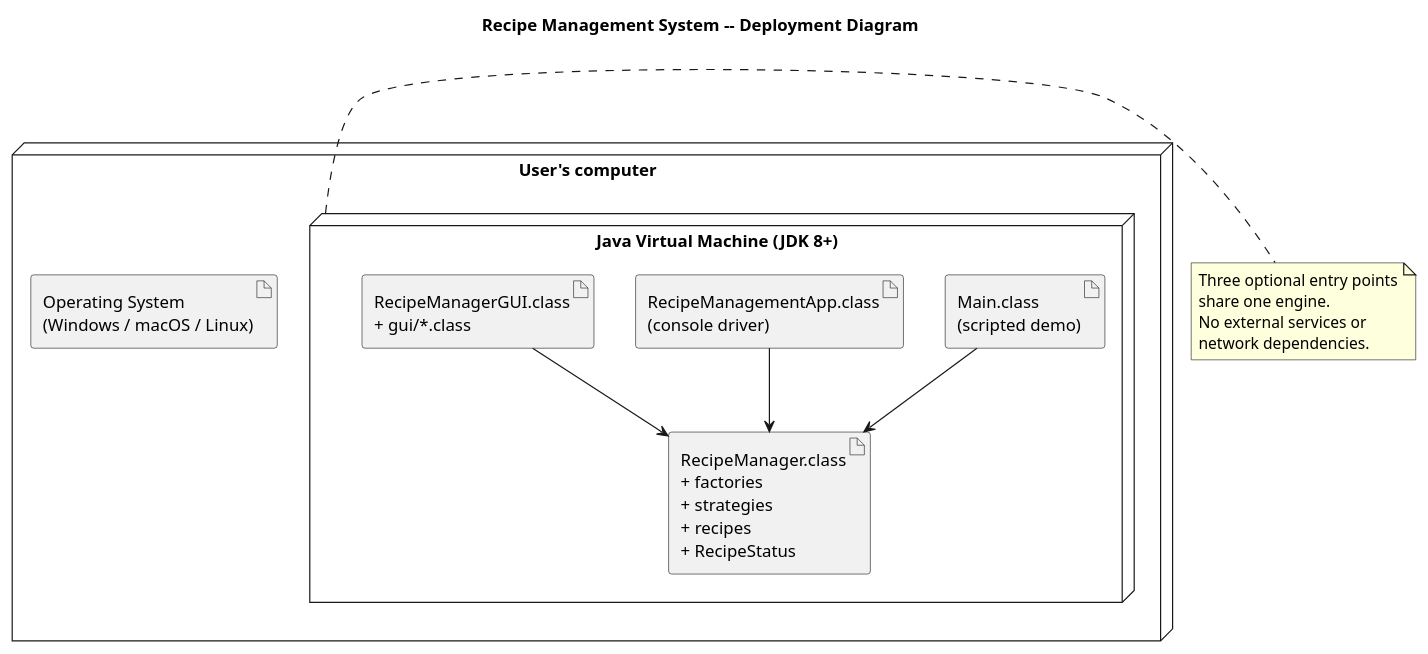
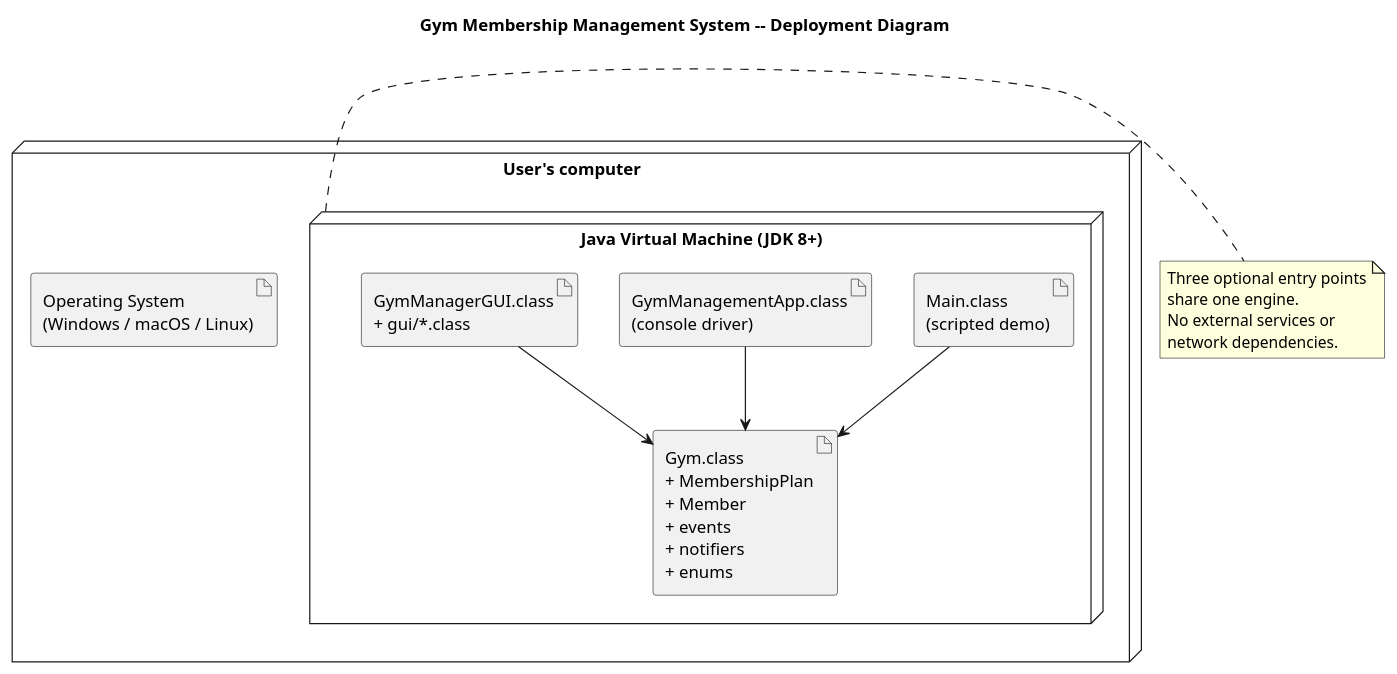
One commit to hoop-ai/gym-membership-management-system changed the diagram in docs/uml/class/deployment-diagram.puml. Above: the diagram before and after it, drawn with PlantUML. The commit also changed 77 other files, not shown here.

```diff
--- a/docs/uml/class/deployment-diagram.puml
+++ b/docs/uml/class/deployment-diagram.puml
@@ -1,27 +1,27 @@
-@startuml RecipeManagementDeploymentDiagram
-title Recipe Management System -- Deployment Diagram
+@startuml GymManagementDeploymentDiagram
+title Gym Membership Management System -- Deployment Diagram
 
 node "User's computer" as PC {
     artifact "Operating System\n(Windows / macOS / Linux)" as OS
 
     node "Java Virtual Machine (JDK 8+)" as JVM {
         artifact "Main.class\n(scripted demo)"                  as MAIN
-        artifact "RecipeManagementApp.class\n(console driver)"  as APP
-        artifact "RecipeManagerGUI.class\n+ gui/*.class"        as GUI
+        artifact "GymManagementApp.class\n(console driver)"     as APP
+        artifact "GymManagerGUI.class\n+ gui/*.class"           as GUI
 
-        artifact "RecipeManager.class\n+ factories\n+ strategies\n+ recipes\n+ RecipeStatus" as ENG
+        artifact "Gym.class\n+ MembershipPlan\n+ Member\n+ events\n+ notifiers\n+ enums" as ENG
     }
 }
 
 MAIN --> ENG
 APP --> ENG
 GUI --> ENG
 
 note right of JVM
   Three optional entry points
   share one engine.
   No external services or
   network dependencies.
 end note
 
 @enduml
```
